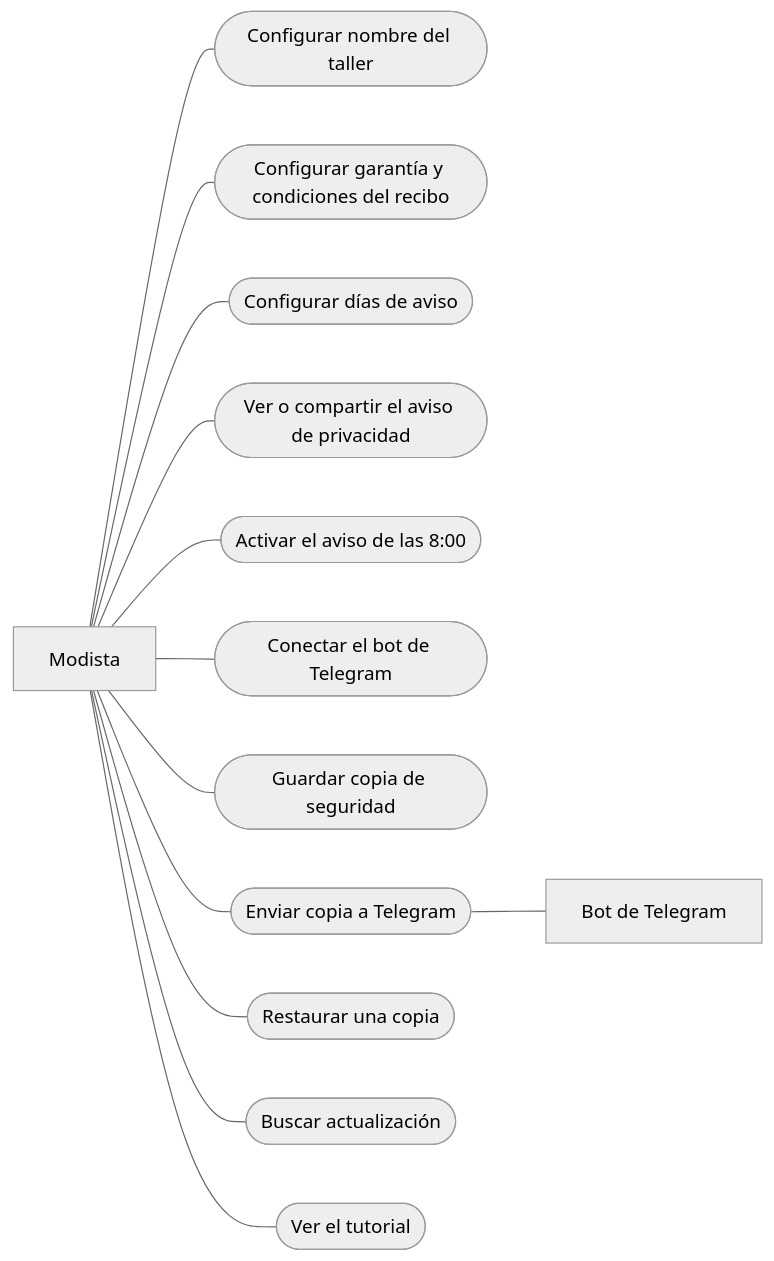
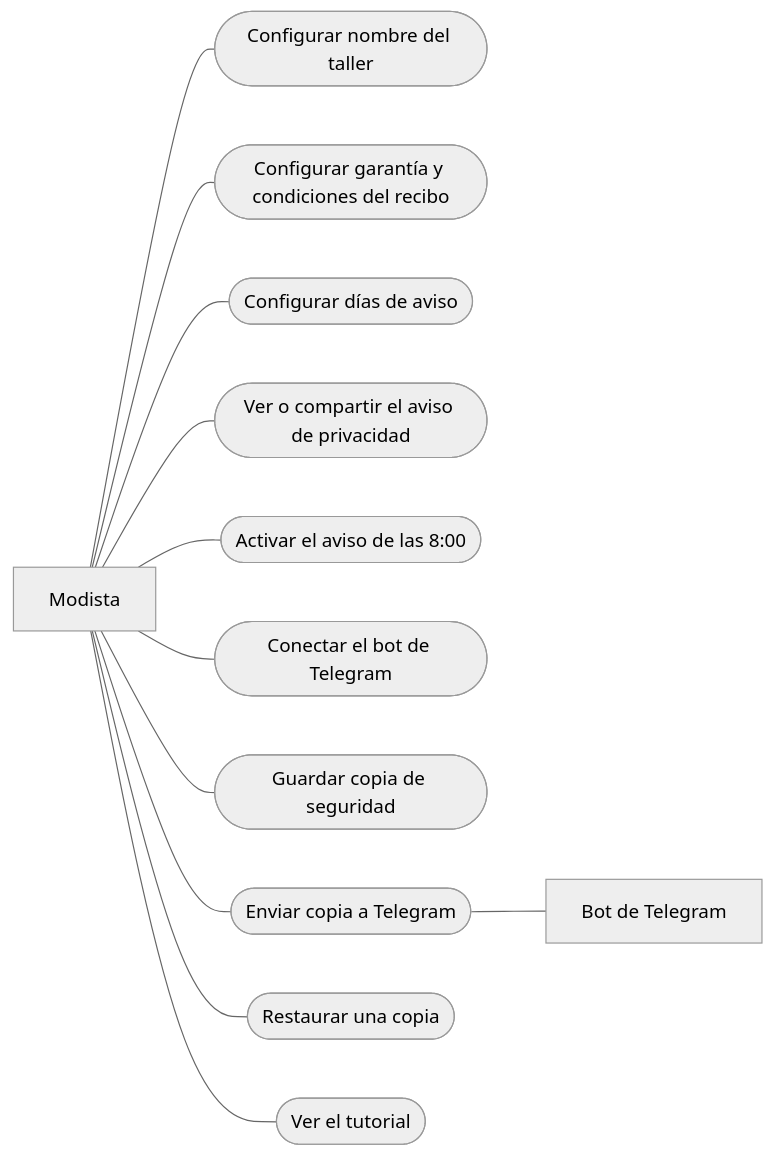
One commit to Aryannext/Costura-app changed the sixth of 8 diagrams in docs/02-diseno/CASOS_DE_USO.md. Above: the diagram before and after it, drawn with Mermaid. The commit also changed other lines of this file and 24 other files, not shown here.

````diff
--- a/docs/02-diseno/CASOS_DE_USO.md
+++ b/docs/02-diseno/CASOS_DE_USO.md
@@ -182,30 +182,28 @@
 ```mermaid
 %%{init: {'theme': 'neutral'}}%%
 flowchart LR
     M["Modista"]
     K1(["Configurar nombre del taller"])
     K2(["Configurar garantía y condiciones del recibo"])
     K3(["Configurar días de aviso"])
     K4(["Ver o compartir el aviso de privacidad"])
     K5(["Activar el aviso de las 8:00"])
     K6(["Conectar el bot de Telegram"])
     K7(["Guardar copia de seguridad"])
     K8(["Enviar copia a Telegram"])
     K9(["Restaurar una copia"])
-    K10(["Buscar actualización"])
-    K11(["Ver el tutorial"])
+    K10(["Ver el tutorial"])
     TG["Bot de Telegram"]
 
     M --- K1
     M --- K2
     M --- K3
     M --- K4
     M --- K5
     M --- K6
     M --- K7
     M --- K8
     M --- K9
     M --- K10
-    M --- K11
     K8 --- TG
 ```
````
